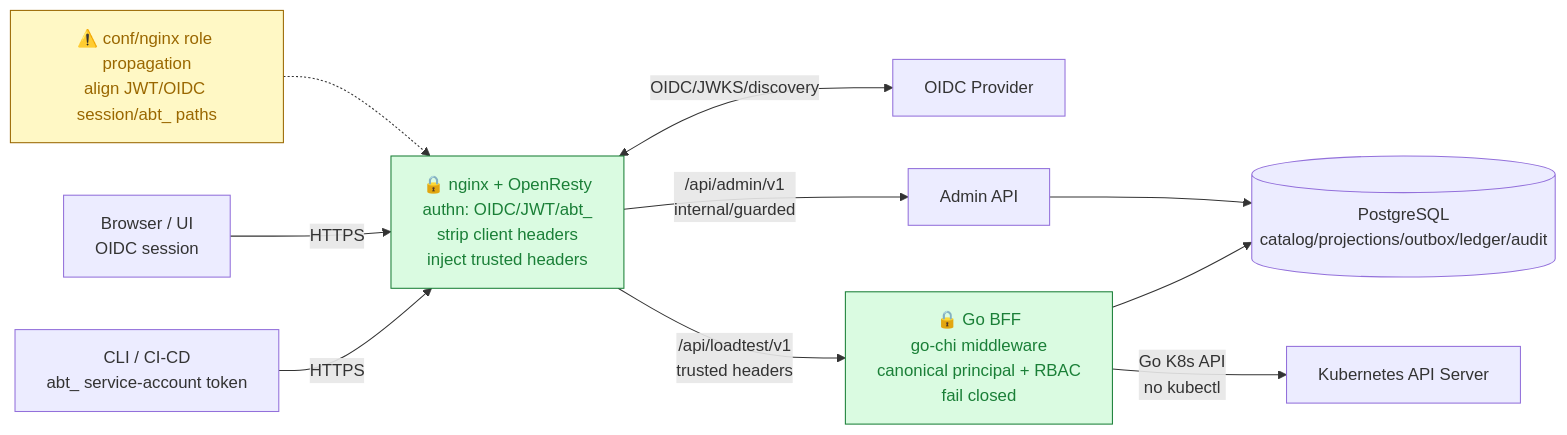
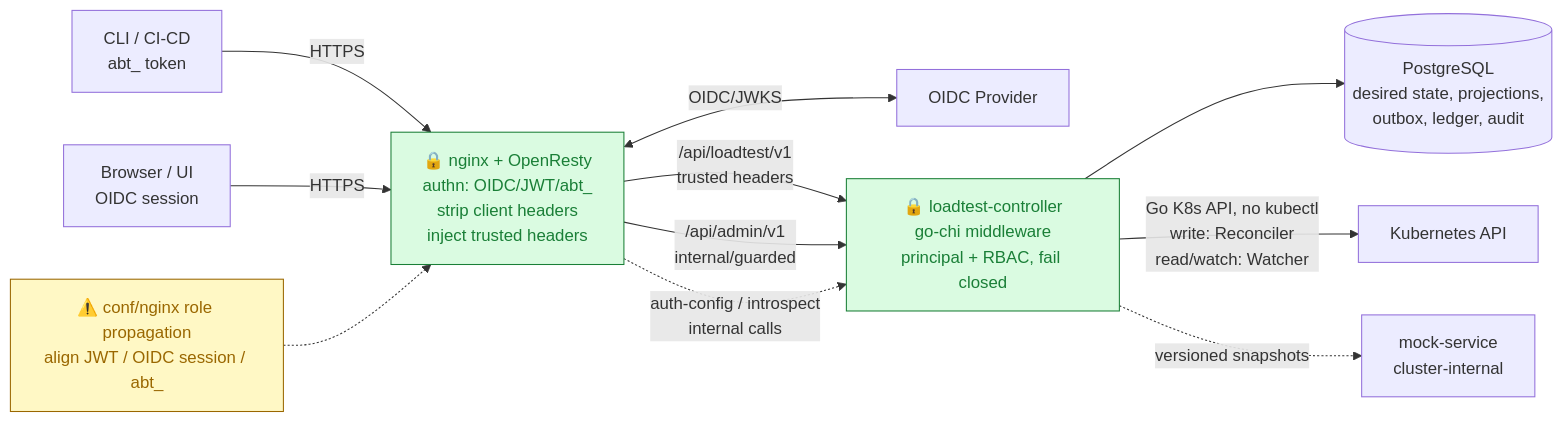
One commit to hungpham10/take-home-assigment changed the first of 7 diagrams in docs/architecture.md. Above: the diagram before and after it, drawn with Mermaid. The commit also changed other lines of this file and 38 other files, not shown here.

First line of the commit message:
feat(namespace): k8s reconciler + status watcher + mock runtime (plans/21 A–E)

````diff
--- a/docs/architecture.md
+++ b/docs/architecture.md
@@ -105,17 +101,18 @@
 ```mermaid
 flowchart LR
-  CLI["CLI / CI-CD<br/>abt_ service-account token"] -->|HTTPS| N
+  CLI["CLI / CI-CD<br/>abt_ token"] -->|HTTPS| N
   WEB["Browser / UI<br/>OIDC session"] -->|HTTPS| N
-  N["🔒 nginx + OpenResty<br/>authn: OIDC/JWT/abt_<br/>strip client headers<br/>inject trusted headers"] <-->|OIDC/JWKS/discovery| IDP["OIDC Provider"]
-  N -->|"/api/loadtest/v1<br/>trusted headers"| BFF["🔒 Go BFF<br/>go-chi middleware<br/>canonical principal + RBAC<br/>fail closed"]
-  N -->|"/api/admin/v1<br/>internal/guarded"| ADM["Admin API"]
-  BFF --> PG[("PostgreSQL<br/>catalog/projections/outbox/ledger/audit")]
-  ADM --> PG
-  BFF -->|"Go K8s API<br/>no kubectl"| KAPI["Kubernetes API Server"]
-  NCONF["⚠️ conf/nginx role propagation<br/>align JWT/OIDC session/abt_ paths"] -.-> N
+  N["🔒 nginx + OpenResty<br/>authn: OIDC/JWT/abt_<br/>strip client headers<br/>inject trusted headers"] <-->|OIDC/JWKS| IDP["OIDC Provider"]
+  N -->|"/api/loadtest/v1<br/>trusted headers"| BFF["🔒 loadtest-controller<br/>go-chi middleware<br/>principal + RBAC, fail closed"]
+  N -->|"/api/admin/v1<br/>internal/guarded"| BFF
+  N -.->|"auth-config / introspect<br/>internal calls"| BFF
+  BFF --> PG[("PostgreSQL<br/>desired state, projections,<br/>outbox, ledger, audit")]
+  BFF -->|"Go K8s API, no kubectl<br/>write: Reconciler<br/>read/watch: Watcher"| KAPI["Kubernetes API"]
+  BFF -.->|"versioned snapshots"| MOCK["mock-service<br/>cluster-internal"]
+  NC["⚠️ conf/nginx role propagation<br/>align JWT / OIDC session / abt_"] -.-> N
 
   classDef locked fill:#dafbe1,stroke:#1a7f37,color:#1a7f37;
   classDef open fill:#fff8c5,stroke:#9a6700,color:#9a6700;
   class N,BFF locked;
-  class NCONF open;
+  class NC open;
 ```
````
